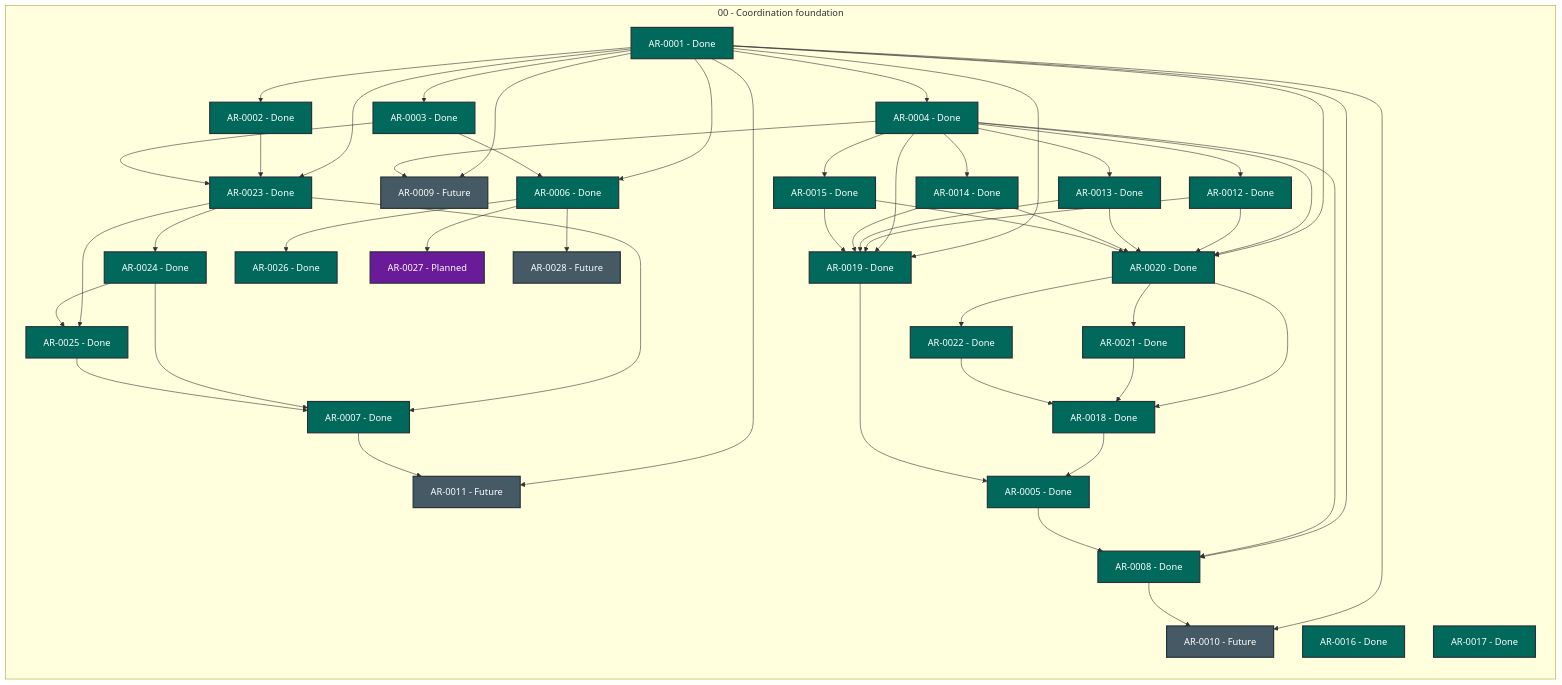
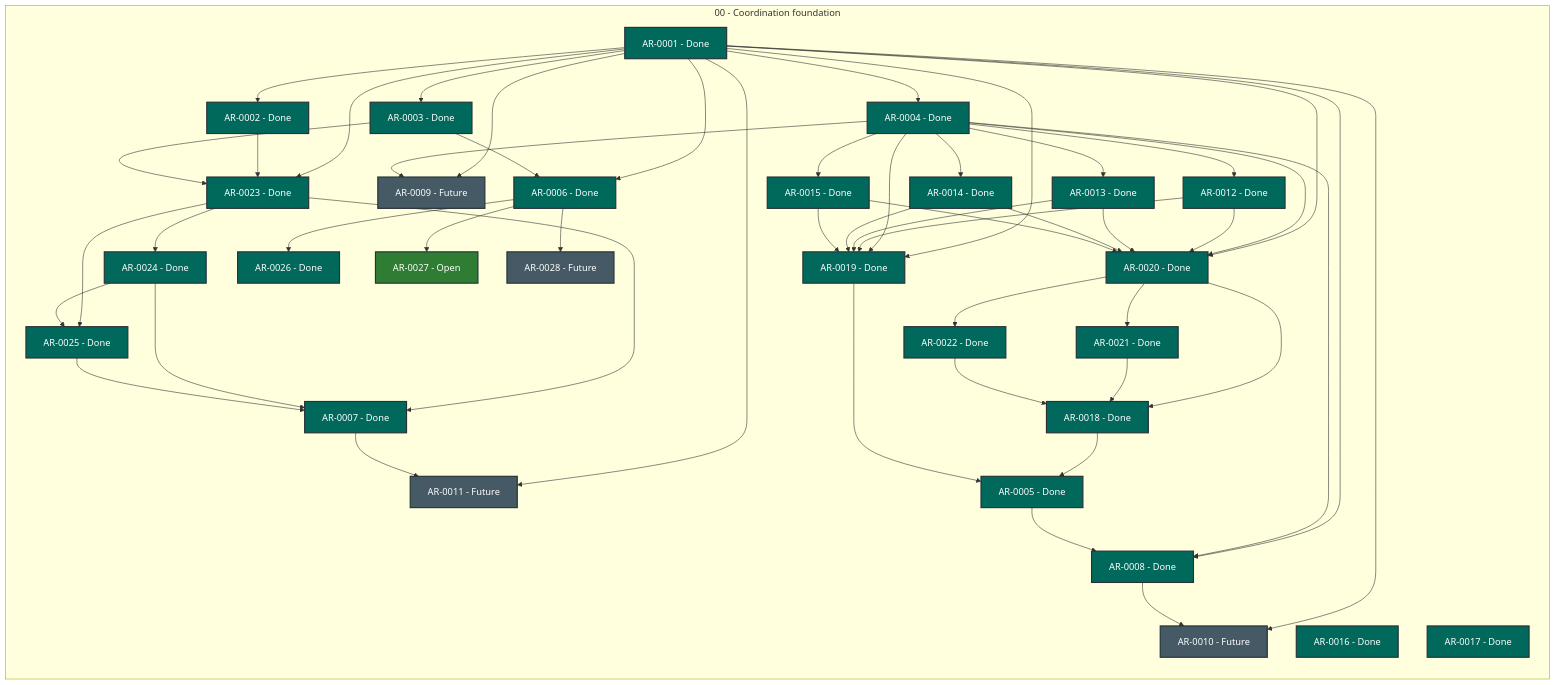
One commit to martin-beck/agent-workflow-quality-state changed the diagram in STATUS.md. Above: the diagram before and after it, drawn with Mermaid. The commit also changed other lines of this file and 2 other files, not shown here.

```diff
--- a/STATUS.md
+++ b/STATUS.md
@@ -54,7 +54,7 @@
         AR_0024["AR-0024 - Done"]:::status_done
         AR_0025["AR-0025 - Done"]:::status_done
         AR_0026["AR-0026 - Done"]:::status_done
-        AR_0027["AR-0027 - Planned"]:::status_planned
+        AR_0027["AR-0027 - Open"]:::status_open
         AR_0028["AR-0028 - Future"]:::status_future
     end
     AR_0001 --> AR_0002
```
